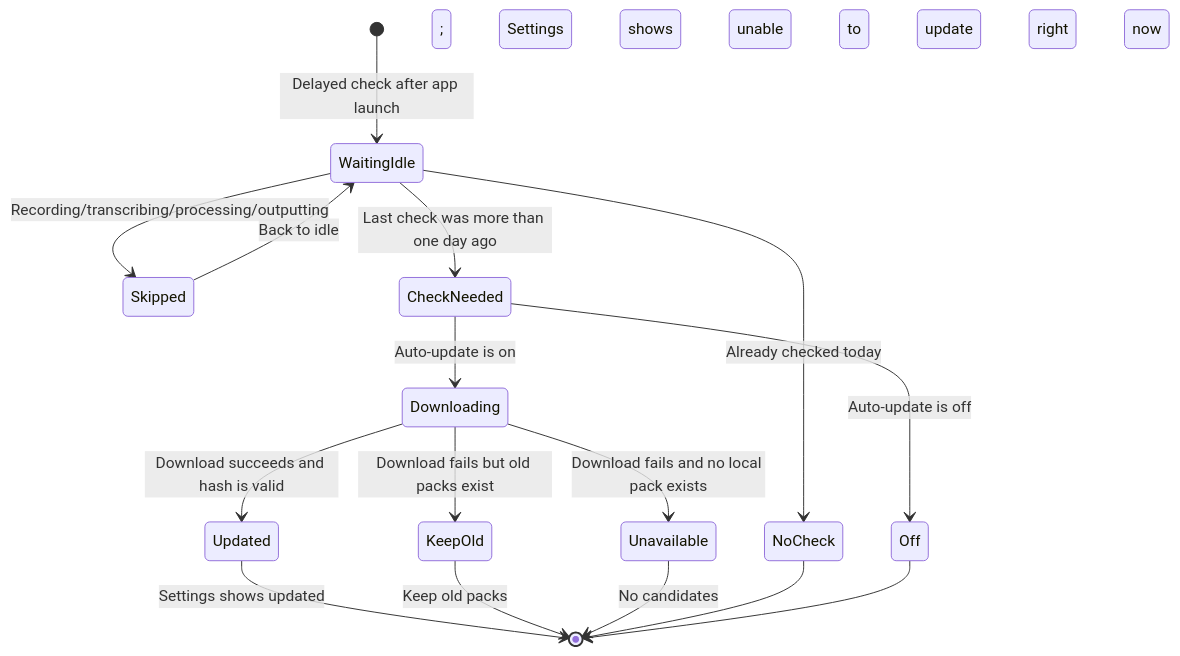
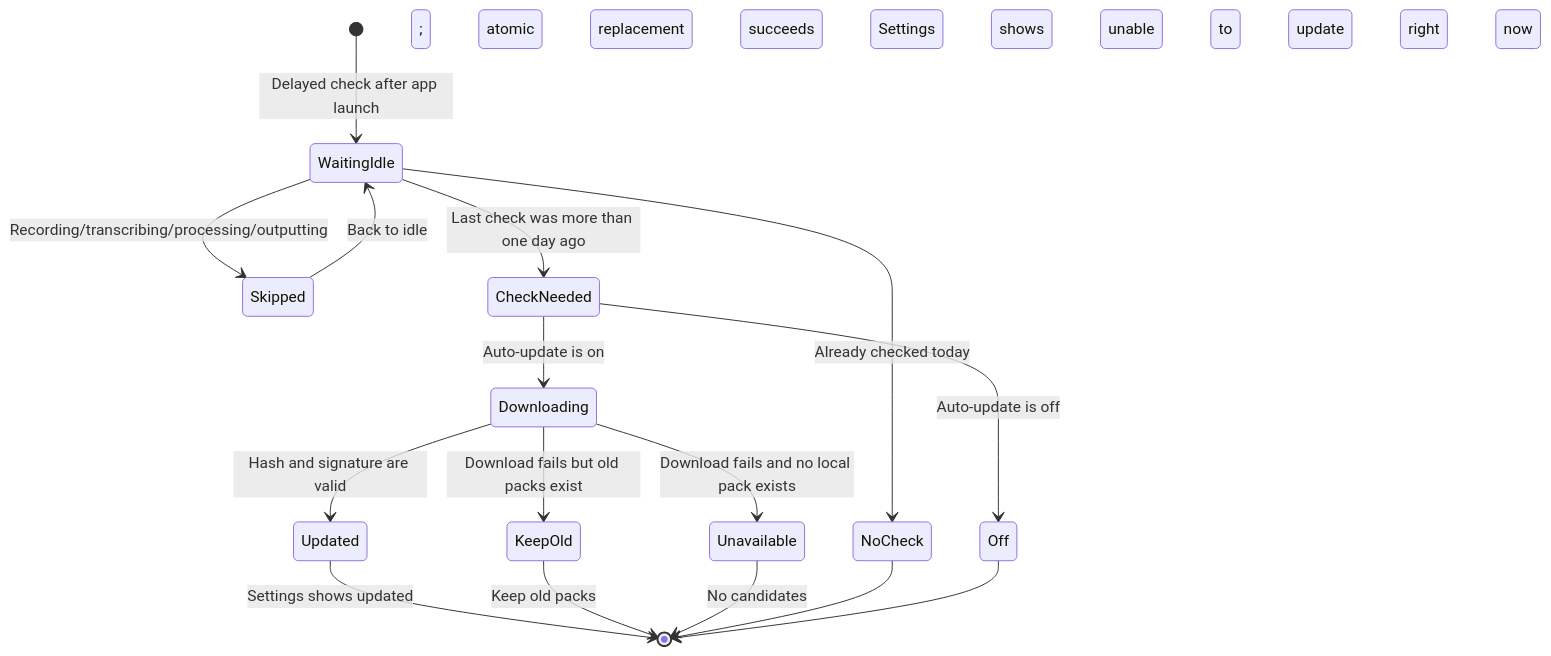
Before and after one commit to whnnick/readytype: the second of 4 diagrams in docs/versions/1.4.0/INTERACTION_FLOW.md, drawn with Mermaid. The commit also changed other lines of this file and 14 other files, not shown here.

````diff
--- a/docs/versions/1.4.0/INTERACTION_FLOW.md
+++ b/docs/versions/1.4.0/INTERACTION_FLOW.md
@@ -29,18 +29,18 @@
 ```mermaid
 stateDiagram-v2
     [*] --> WaitingIdle: Delayed check after app launch
     WaitingIdle --> Skipped: Recording/transcribing/processing/outputting
     Skipped --> WaitingIdle: Back to idle
     WaitingIdle --> CheckNeeded: Last check was more than one day ago
     WaitingIdle --> NoCheck: Already checked today
     CheckNeeded --> Downloading: Auto-update is on
     CheckNeeded --> Off: Auto-update is off
-    Downloading --> Updated: Download succeeds and hash is valid
+    Downloading --> Updated: Hash and signature are valid; atomic replacement succeeds
     Downloading --> KeepOld: Download fails but old packs exist
     Downloading --> Unavailable: Download fails and no local pack exists
     Updated --> [*]: Settings shows updated
     KeepOld --> [*]: Keep old packs; Settings shows unable to update right now
     Unavailable --> [*]: No candidates; Settings shows unable to update right now
     NoCheck --> [*]
     Off --> [*]
 ```
````
